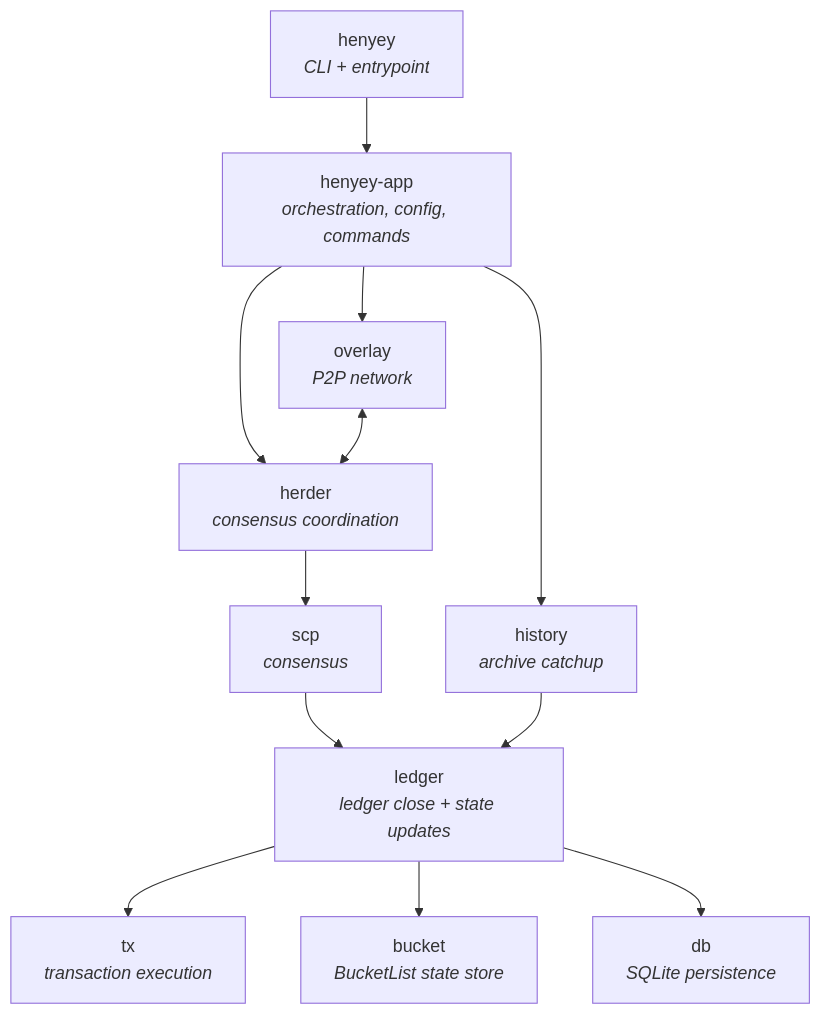
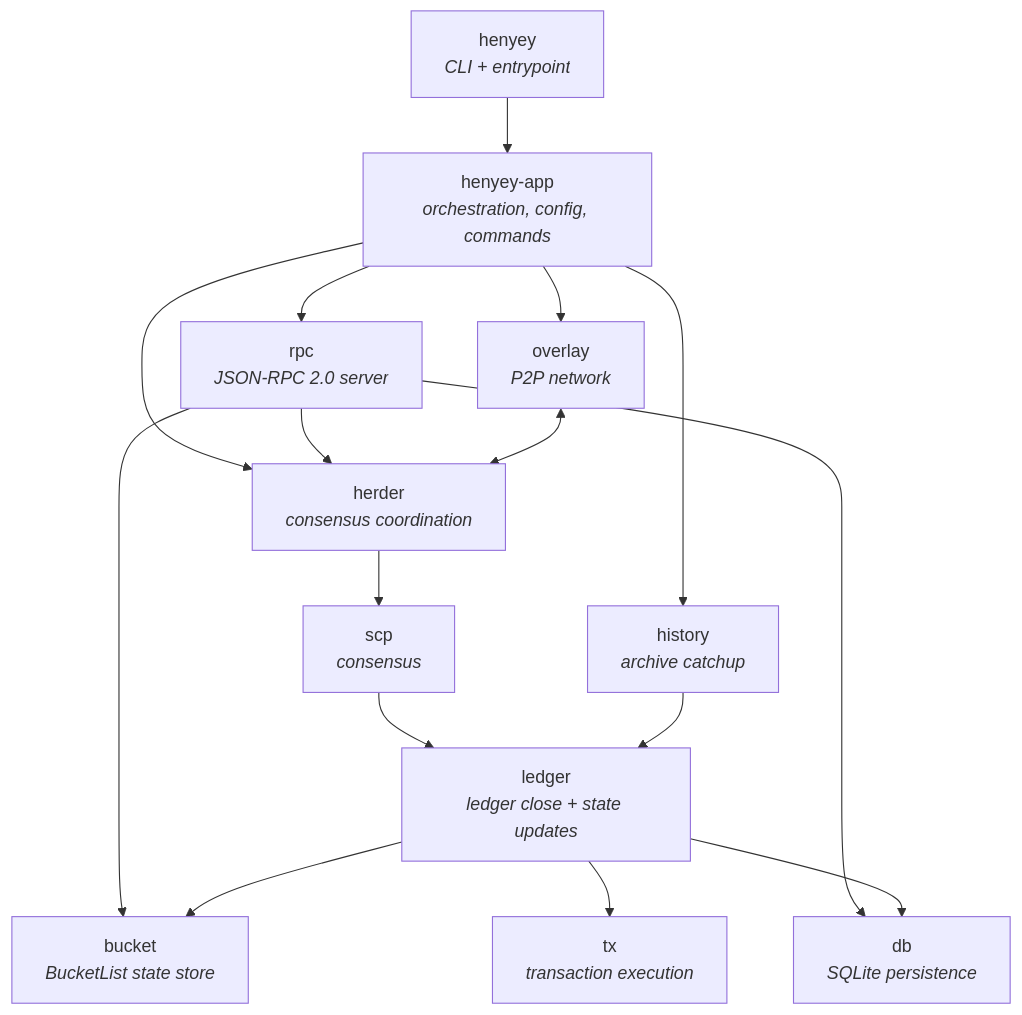
One commit to tomerweller/henyey changed the diagram in README.md. Above: the diagram before and after it, drawn with Mermaid. The commit also changed other lines of this file and 2 other files, not shown here.

First line of the commit message:
Update RPC documentation: fix stale test counts, add config docs, add native RPC to root README

````diff
--- a/README.md
+++ b/README.md
@@ -18,25 +18,30 @@
 ```mermaid
 graph TD
     henyey["henyey<br/><i>CLI + entrypoint</i>"]
     app["henyey-app<br/><i>orchestration, config, commands</i>"]
+    rpc["rpc<br/><i>JSON-RPC 2.0 server</i>"]
     overlay["overlay<br/><i>P2P network</i>"]
     herder["herder<br/><i>consensus coordination</i>"]
     history["history<br/><i>archive catchup</i>"]
     scp["scp<br/><i>consensus</i>"]
     ledger["ledger<br/><i>ledger close + state updates</i>"]
     tx["tx<br/><i>transaction execution</i>"]
     bucket["bucket<br/><i>BucketList state store</i>"]
     db["db<br/><i>SQLite persistence</i>"]
 
     henyey --> app
+    app --> rpc
     app --> overlay
     app --> herder
     app --> history
+    rpc --> bucket
+    rpc --> herder
+    rpc --> db
     overlay <--> herder
     herder --> scp
     scp --> ledger
     history --> ledger
     ledger --> tx
     ledger --> bucket
     ledger --> db
 ```
````
